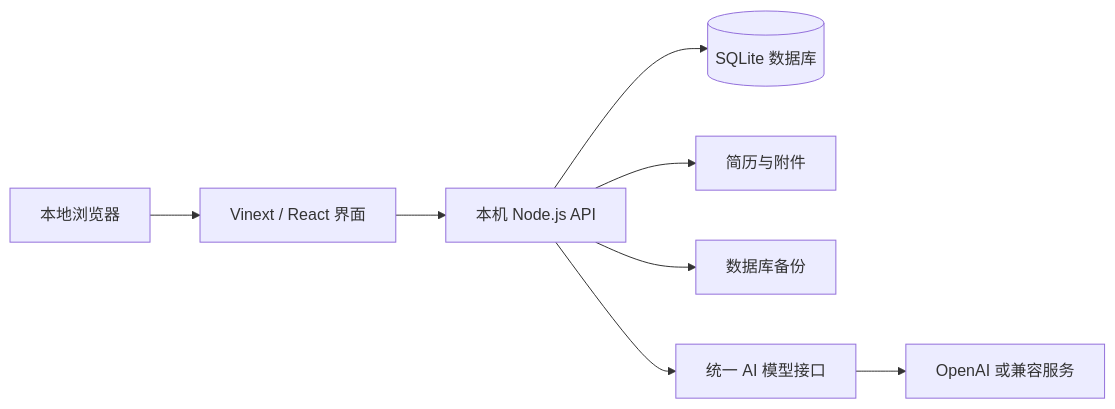
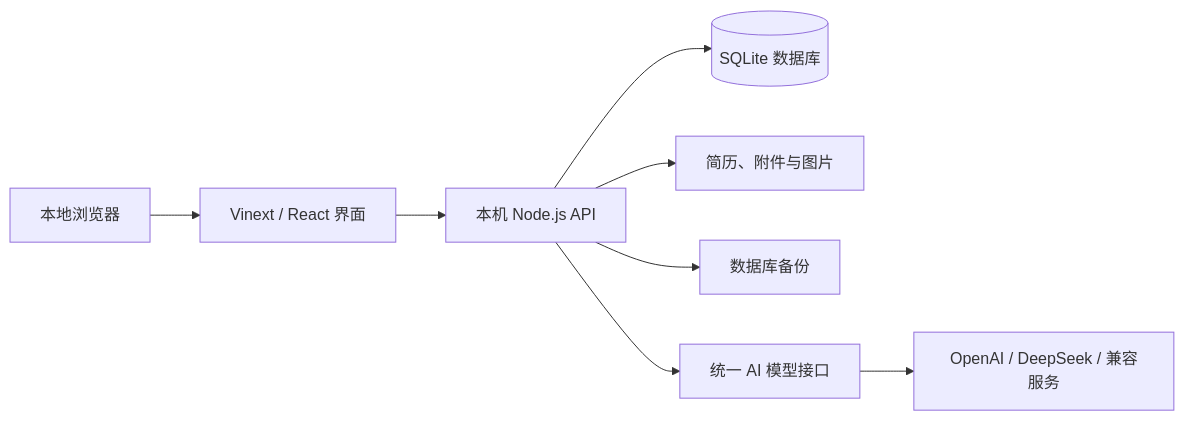
Before and after one commit to ahao224/AutumnRecruitmentTracker: the diagram in README.md, drawn with Mermaid. The commit also changed other lines of this file and 6 other files, not shown here.

````diff
--- a/README.md
+++ b/README.md
@@ -236,10 +264,10 @@
 ```mermaid
 flowchart LR
     A[本地浏览器] --> B[Vinext / React 界面]
     B --> C[本机 Node.js API]
     C --> D[(SQLite 数据库)]
-    C --> E[简历与附件]
+    C --> E[简历、附件与图片]
     C --> F[数据库备份]
     C --> G[统一 AI 模型接口]
-    G --> H[OpenAI 或兼容服务]
+    G --> H[OpenAI / DeepSeek / 兼容服务]
 ```
````
